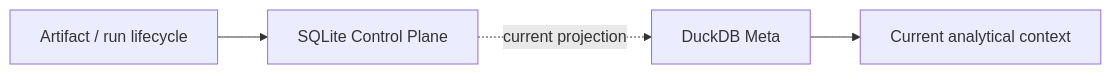
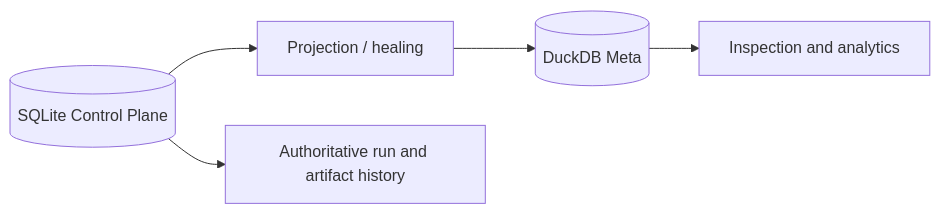
The diagram in docs/reference/meta-data-contracts.md (tks18/personal-finance-etl), drawn with Mermaid before and after one commit. The commit also changed other lines of this file, not shown here.

````diff
--- a/docs/reference/meta-data-contracts.md
+++ b/docs/reference/meta-data-contracts.md
@@ -5,6 +5,7 @@
 ```mermaid
 flowchart LR
-A["Artifact / run lifecycle"] --> CP["SQLite Control Plane"]
-CP -. "current projection" .-> M["DuckDB Meta"]
-M --> BI["Current analytical context"]
+ CP[(SQLite Control Plane)] --> PR[Projection / healing]
+ PR --> M[(DuckDB Meta)]
+ M --> BI[Inspection and analytics]
+ CP --> AU[Authoritative run and artifact history]
 ```
````
